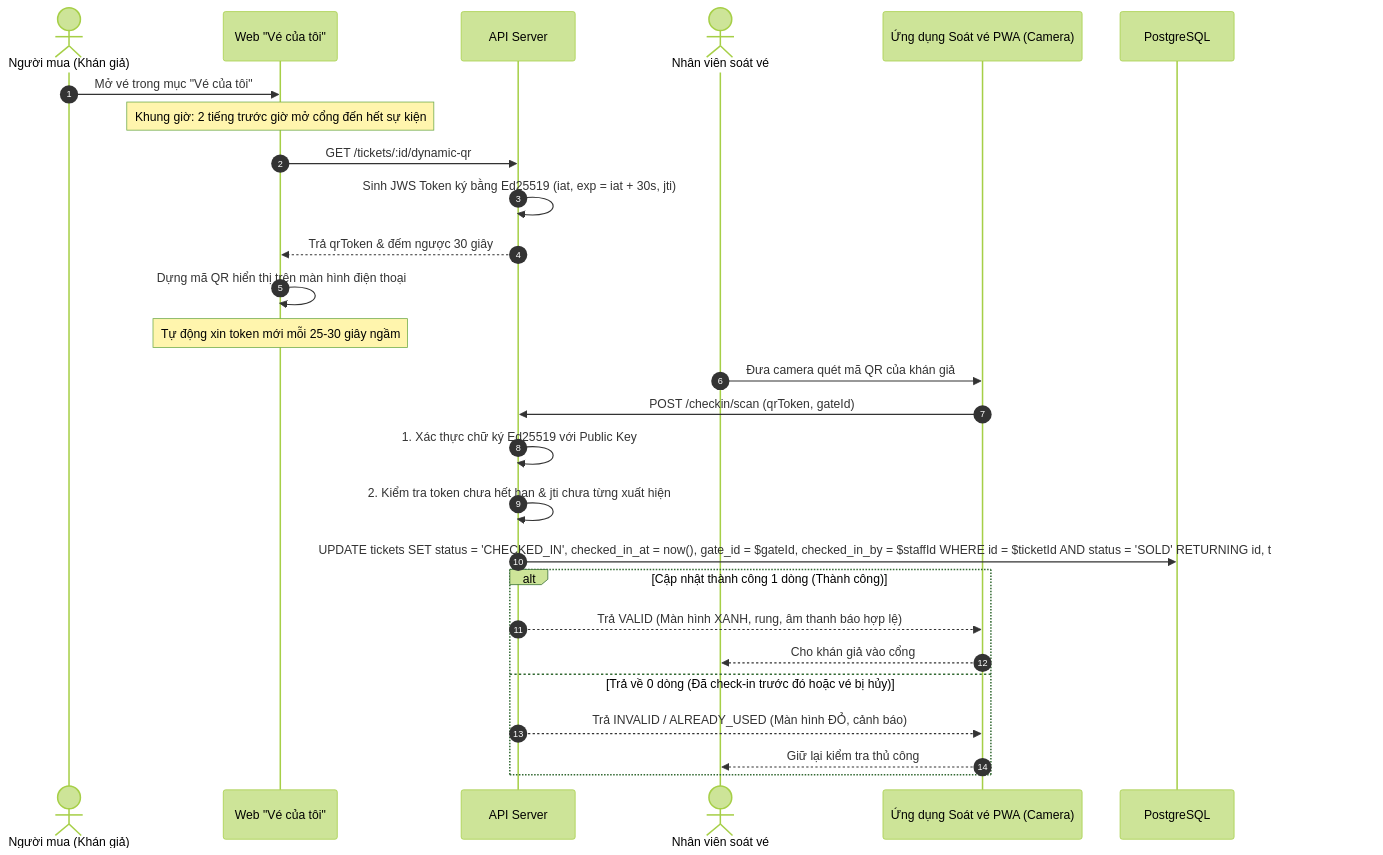
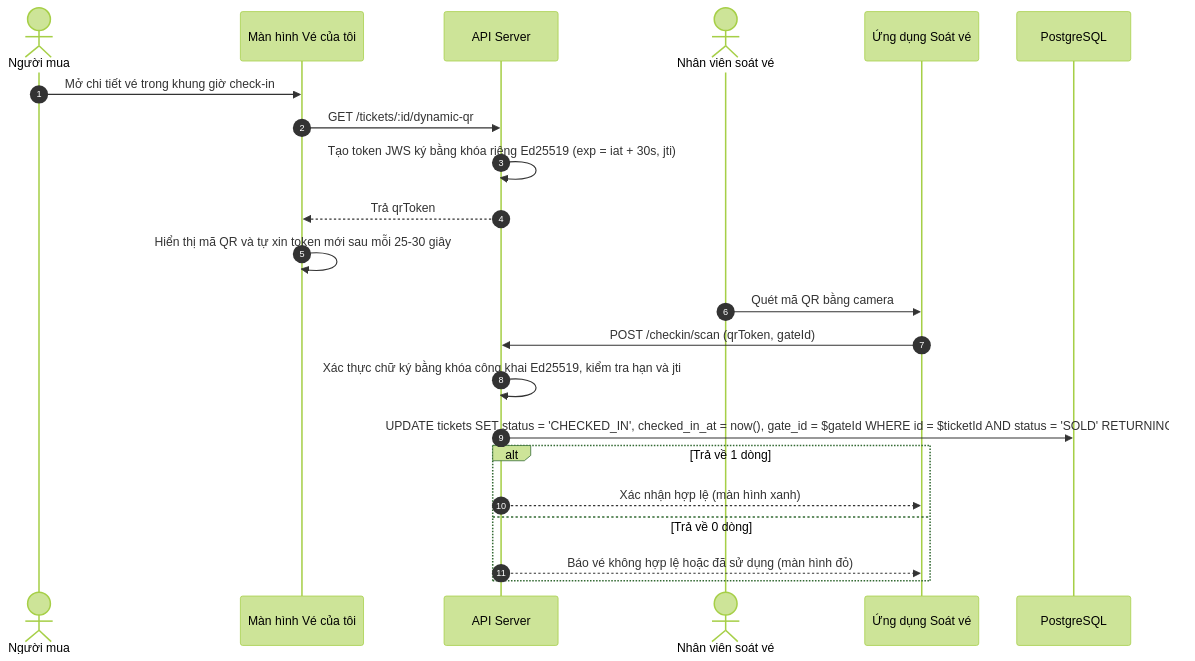
The fourth of 4 diagrams in docs/ARCHITECTURE.md (52400067/cnpm), drawn with Mermaid (forest theme) before and after one commit. The commit also changed other lines of this file and 4 other files, not shown here.

````diff
--- a/docs/ARCHITECTURE.md
+++ b/docs/ARCHITECTURE.md
@@ -221,34 +170,27 @@
 ```mermaid
 sequenceDiagram
     autonumber
-    actor Buyer as Người mua (Khán giả)
-    participant AppBuyer as Web "Vé của tôi"
+    actor Buyer as Người mua
+    participant AppBuyer as Màn hình Vé của tôi
     participant API as API Server
     actor Staff as Nhân viên soát vé
-    participant GateApp as Ứng dụng Soát vé PWA (Camera)
+    participant GateApp as Ứng dụng Soát vé
     participant DB as PostgreSQL
 
-    Buyer->>AppBuyer: Mở vé trong mục "Vé của tôi"
-    Note over AppBuyer: Khung giờ: 2 tiếng trước giờ mở cổng đến hết sự kiện
+    Buyer->>AppBuyer: Mở chi tiết vé trong khung giờ check-in
     AppBuyer->>API: GET /tickets/:id/dynamic-qr
-    API->>API: Sinh JWS Token ký bằng Ed25519 (iat, exp = iat + 30s, jti)
-    API-->>AppBuyer: Trả qrToken & đếm ngược 30 giây
-    AppBuyer->>AppBuyer: Dựng mã QR hiển thị trên màn hình điện thoại
-    Note over AppBuyer: Tự động xin token mới mỗi 25-30 giây ngầm
+    API->>API: Tạo token JWS ký bằng khóa riêng Ed25519 (exp = iat + 30s, jti)
+    API-->>AppBuyer: Trả qrToken
+    AppBuyer->>AppBuyer: Hiển thị mã QR và tự xin token mới sau mỗi 25-30 giây
 
-    Staff->>GateApp: Đưa camera quét mã QR của khán giả
+    Staff->>GateApp: Quét mã QR bằng camera
     GateApp->>API: POST /checkin/scan (qrToken, gateId)
-    
-    API->>API: 1. Xác thực chữ ký Ed25519 với Public Key
-    API->>API: 2. Kiểm tra token chưa hết hạn & jti chưa từng xuất hiện
-    
-    API->>DB: UPDATE tickets SET status = 'CHECKED_IN', checked_in_at = now(), gate_id = $gateId, checked_in_by = $staffId WHERE id = $ticketId AND status = 'SOLD' RETURNING id, ticket_code, seat_id;
+    API->>API: Xác thực chữ ký bằng khóa công khai Ed25519, kiểm tra hạn và jti
+    API->>DB: UPDATE tickets SET status = 'CHECKED_IN', checked_in_at = now(), gate_id = $gateId WHERE id = $ticketId AND status = 'SOLD' RETURNING id
 
-    alt Cập nhật thành công 1 dòng (Thành công)
-        API-->>GateApp: Trả VALID (Màn hình XANH, rung, âm thanh báo hợp lệ)
-        GateApp-->>Staff: Cho khán giả vào cổng
-    else Trả về 0 dòng (Đã check-in trước đó hoặc vé bị hủy)
-        API-->>GateApp: Trả INVALID / ALREADY_USED (Màn hình ĐỎ, cảnh báo)
-        GateApp-->>Staff: Giữ lại kiểm tra thủ công
+    alt Trả về 1 dòng
+        API-->>GateApp: Xác nhận hợp lệ (màn hình xanh)
+    else Trả về 0 dòng
+        API-->>GateApp: Báo vé không hợp lệ hoặc đã sử dụng (màn hình đỏ)
     end
 ```
````
